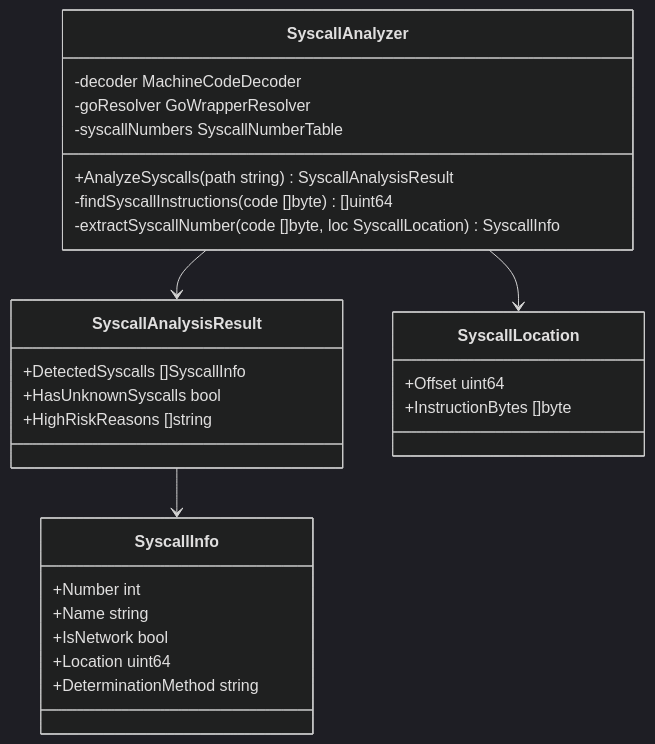
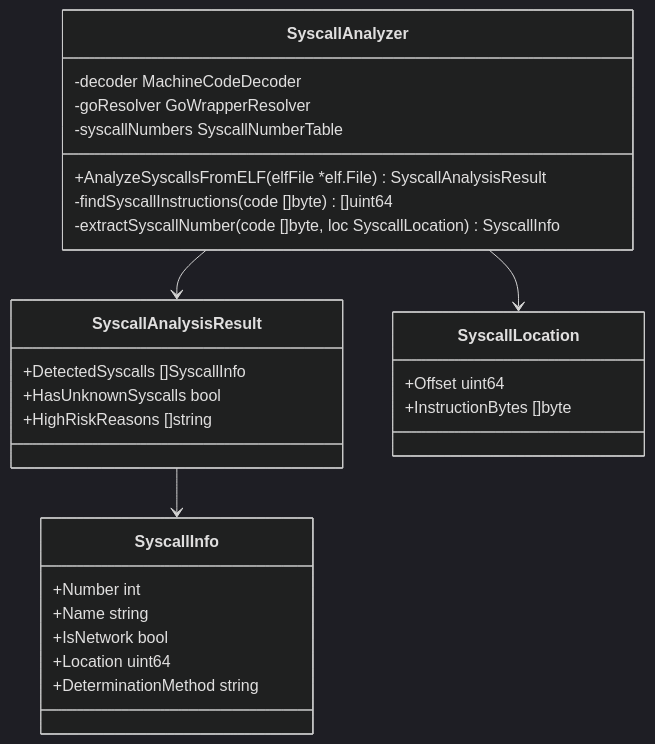
Before and after one commit to isseis/go-safe-cmd-runner: the seventh of 18 diagrams in docs/tasks/0070_elf_syscall_analysis/02_architecture.md, drawn with Mermaid (dark theme). The commit also changed other lines of this file and 1 other file, not shown here.

Commit message:
docs(elfanalyzer): fix additional issues in ELF syscall analysis spec
- Fix TOCTOU vulnerability: merge isStaticELF and analyzeSyscallsForFile
  to use single file open for both check and analysis (§4)
- Update 02_architecture.md method name to match implementation:
  AnalyzeSyscalls -> AnalyzeSyscallsFromELF
- Add performance note to FindWrapperCalls explaining linear decoding
  trade-off vs window-based scanning (§2.5, NFR-4.1.2)
- Fix symbol matching: use exact/suffix match instead of Contains
  to avoid false positives like "mysyscall.Syscall6Helper" (§2.5)
- Fix x86asm.Arg comparison: use == nil instead of == x86asm.None
  as Arg is an interface type (§2.2)
- Fix JSON tag: NetworkSyscallCount uses "network_syscall_count"
  instead of inconsistent "network_syscalls" (§2.7)
- Document pfv initialization in NewStandardELFAnalyzerWithSyscallStore
  to clarify delegation to NewStandardELFAnalyzer (§3)
- Add §8.6: Document resolveWrapper limitation to relative CALL only,
  explaining why indirect CALLs are not supported
- Add note about HighRiskReasons nil vs empty slice JSON behavior
  with omitempty tag (§2.7)

````diff
--- a/docs/tasks/0070_elf_syscall_analysis/02_architecture.md
+++ b/docs/tasks/0070_elf_syscall_analysis/02_architecture.md
@@ -235,34 +235,34 @@
 ```mermaid
 classDiagram
     class SyscallAnalyzer {
         -decoder MachineCodeDecoder
         -goResolver GoWrapperResolver
         -syscallNumbers SyscallNumberTable
-        +AnalyzeSyscalls(path string) SyscallAnalysisResult
+        +AnalyzeSyscallsFromELF(elfFile *elf.File) SyscallAnalysisResult
         -findSyscallInstructions(code []byte) []uint64
         -extractSyscallNumber(code []byte, loc SyscallLocation) SyscallInfo
     }
 
     class SyscallAnalysisResult {
         +DetectedSyscalls []SyscallInfo
         +HasUnknownSyscalls bool
         +HighRiskReasons []string
     }
 
     class SyscallInfo {
         +Number int
         +Name string
         +IsNetwork bool
         +Location uint64
         +DeterminationMethod string
     }
 
     class SyscallLocation {
         +Offset uint64
         +InstructionBytes []byte
     }
 
     SyscallAnalyzer --> SyscallAnalysisResult
     SyscallAnalysisResult --> SyscallInfo
     SyscallAnalyzer --> SyscallLocation
 ```
````
